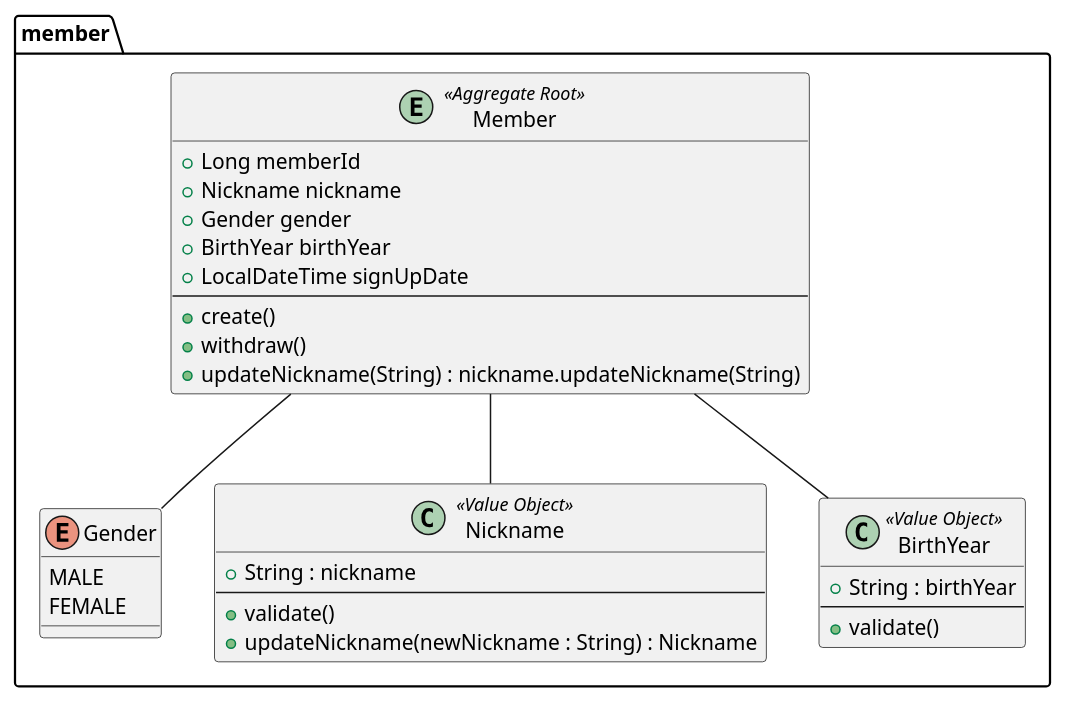
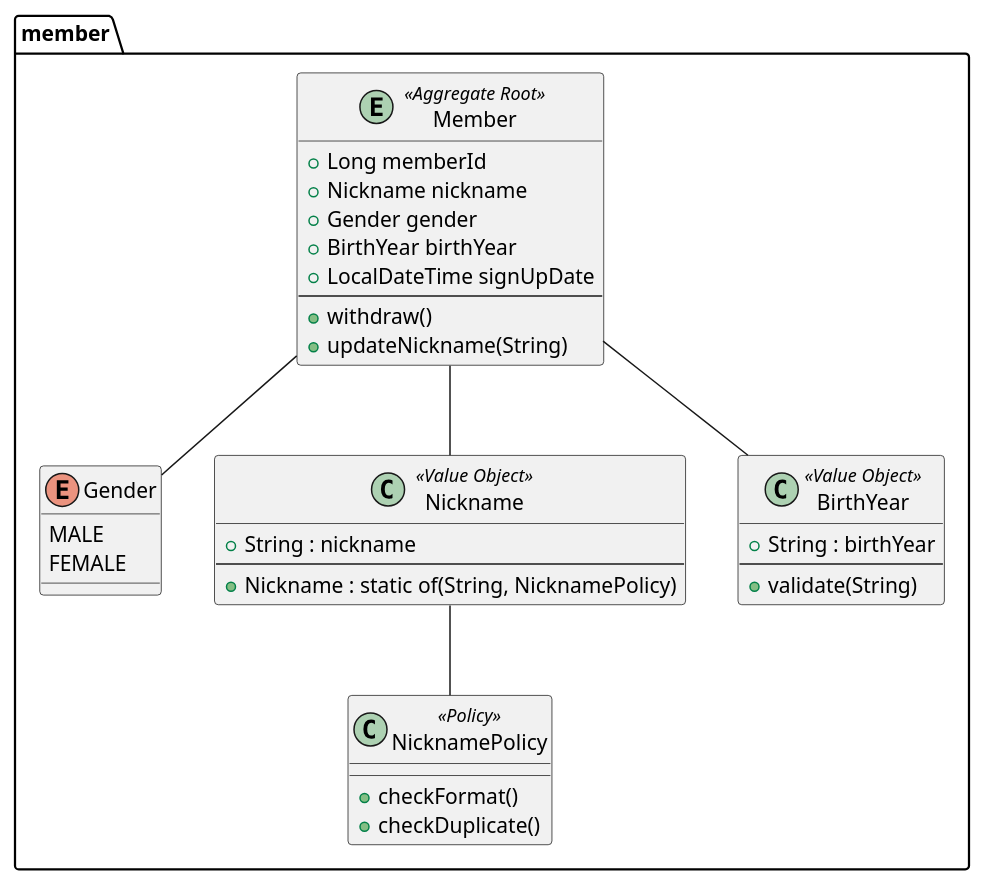
One commit to SimpleBoardTeam/simpleBoard-server changed the diagram in document/puml/domain/membercontext/memberAggregate.puml. Above: the diagram before and after it, drawn with PlantUML.

Commit message:
docs(diagram): memberAggregate 수정 - nickname 을 VO 답게 불변 객체로 변경 - BirthYear 의 validate()는 boolean 대신 에러를 던지는 방식으로 변경

```diff
--- a/document/puml/domain/membercontext/memberAggregate.puml
+++ b/document/puml/domain/membercontext/memberAggregate.puml
@@ -1,37 +1,40 @@
 @startuml
 package "member" {
   entity Member <<Aggregate Root>> {
     +Long memberId
     +Nickname nickname
     +Gender gender
     +BirthYear birthYear
     +LocalDateTime signUpDate
     --
-    +create()
     +withdraw()
-    +updateNickname(String) : nickname.updateNickname(String)
+    +updateNickname(String)
 }
 
 enum Gender {
     MALE
     FEMALE
 }
 
 class Nickname <<Value Object>> {
     +String : nickname
     --
-    +validate()
-    +updateNickname(newNickname : String) : Nickname
+    +Nickname : static of(String, NicknamePolicy)
 }
 
+class NicknamePolicy <<Policy>> {
+  + checkFormat()
+  + checkDuplicate()
+}
 class BirthYear <<Value Object>> {
     +String : birthYear
     --
-    +validate()
+    +validate(String)
 }
 
 Member -- Gender
 Member -- Nickname
 Member -- BirthYear
+Nickname -- NicknamePolicy
 }
 @enduml
```
